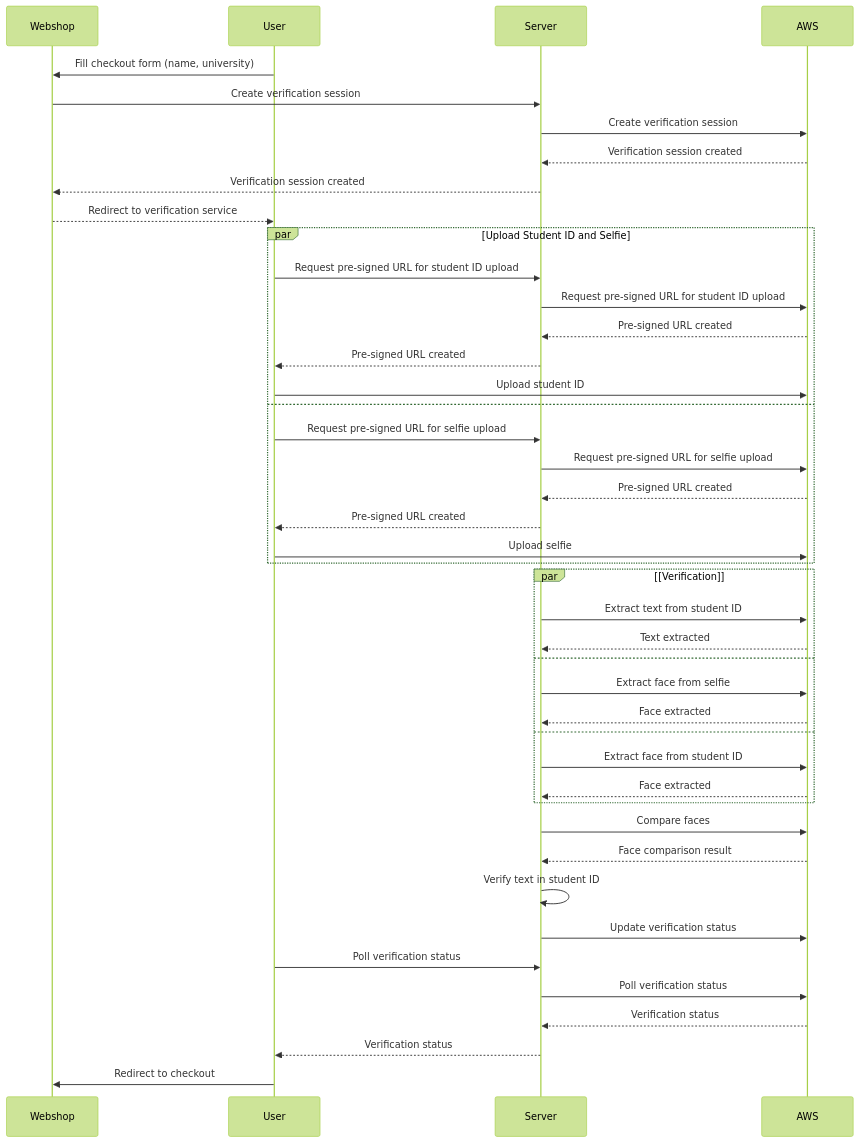
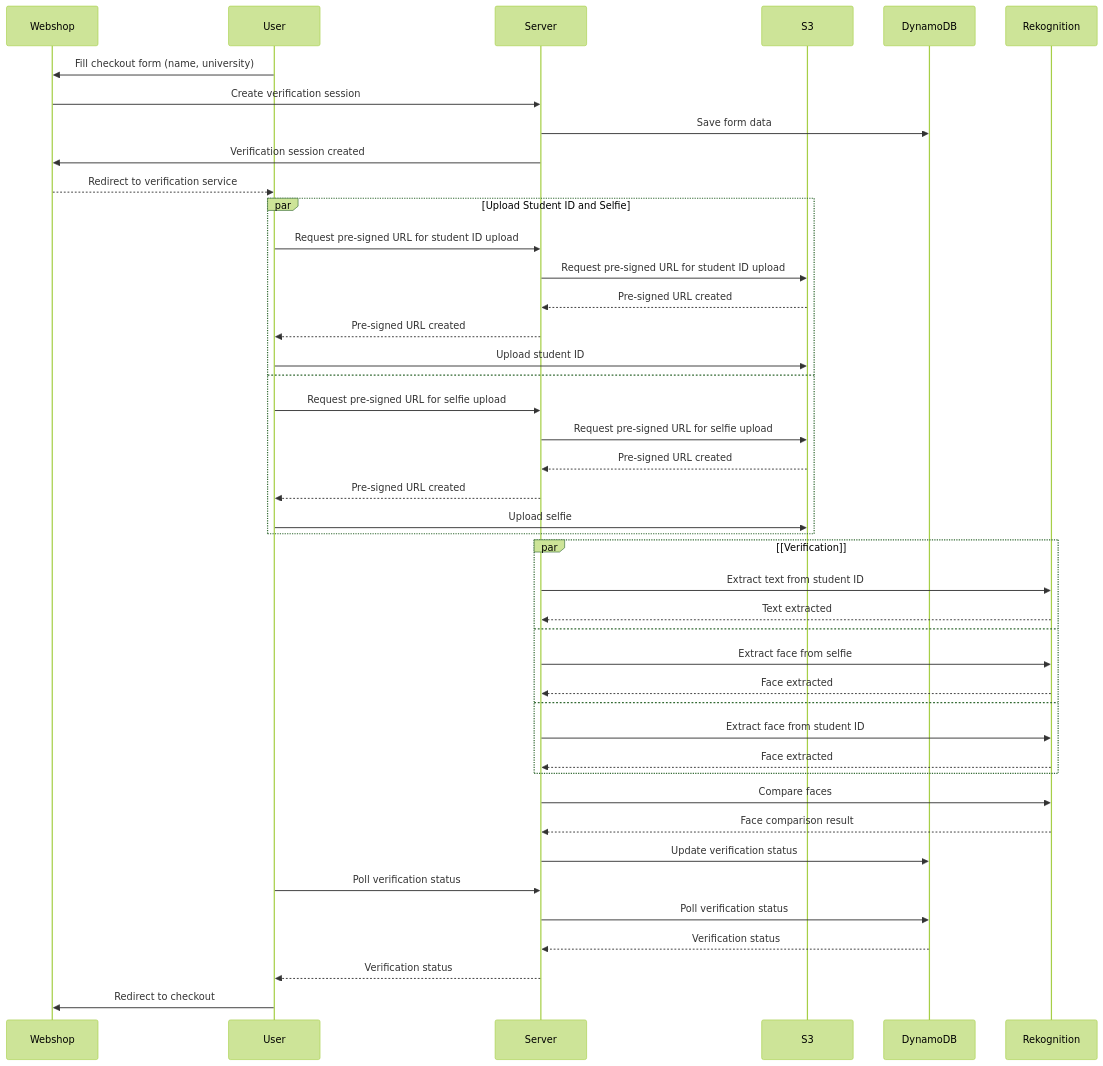
One commit to pierre-jezegou/kys changed the diagram in docs/API.md. Above: the diagram before and after it, drawn with Mermaid (forest theme).

Commit message:
Elaborate verification flow

````diff
--- a/docs/API.md
+++ b/docs/API.md
@@ -13,53 +13,51 @@
 ```mermaid
 sequenceDiagram
     participant Webshop
     participant User
     participant Server
-    participant AWS
+    participant S3
+    participant DynamoDB
+    participant Rekognition
 
     User->>Webshop: Fill checkout form (name, university)
     Webshop->>Server: Create verification session
-    Server->>AWS: Create verification session
-    AWS-->>Server: Verification session created
-    Server-->>Webshop: Verification session created
+    Server->>DynamoDB: Save form data
+    Server->>Webshop: Verification session created
     Webshop-->>User: Redirect to verification service
 
     par Upload Student ID and Selfie
         User->>Server: Request pre-signed URL for student ID upload
-        Server->>AWS: Request pre-signed URL for student ID upload
-        AWS-->>Server: Pre-signed URL created
+        Server->>S3: Request pre-signed URL for student ID upload
+        S3-->>Server: Pre-signed URL created
         Server-->>User: Pre-signed URL created
-        User->>AWS: Upload student ID
+        User->>S3: Upload student ID
     and
         User->>Server: Request pre-signed URL for selfie upload
-        Server->>AWS: Request pre-signed URL for selfie upload
-        AWS-->>Server: Pre-signed URL created
+        Server->>S3: Request pre-signed URL for selfie upload
+        S3-->>Server: Pre-signed URL created
         Server-->>User: Pre-signed URL created
-        User->>AWS: Upload selfie
-    end
-    
-    par [Verification]
-        Server->>AWS: Extract text from student ID
-        AWS-->>Server: Text extracted
-    and 
-        Server->>AWS: Extract face from selfie
-        AWS-->>Server: Face extracted
-    and 
-        Server->>AWS: Extract face from student ID
-        AWS-->>Server: Face extracted
+        User->>S3: Upload selfie
     end
 
-    Server->>AWS: Compare faces
-    AWS-->>Server: Face comparison result
-    
-    Server->>Server: Verify text in student ID
-    Server->>AWS: Update verification status
+    par [Verification]
+        Server->>Rekognition: Extract text from student ID
+        Rekognition-->>Server: Text extracted
+    and
+        Server->>Rekognition: Extract face from selfie
+        Rekognition-->>Server: Face extracted
+    and
+        Server->>Rekognition: Extract face from student ID
+        Rekognition-->>Server: Face extracted
+    end
+
+    Server->>Rekognition: Compare faces
+    Rekognition-->>Server: Face comparison result
+
+    Server->>DynamoDB: Update verification status
 
     User->>Server: Poll verification status
-    Server->>AWS: Poll verification status
-    AWS-->>Server: Verification status
+    Server->>DynamoDB: Poll verification status
+    DynamoDB-->>Server: Verification status
     Server-->>User: Verification status
     User->>Webshop: Redirect to checkout
-
-
 ```
````
